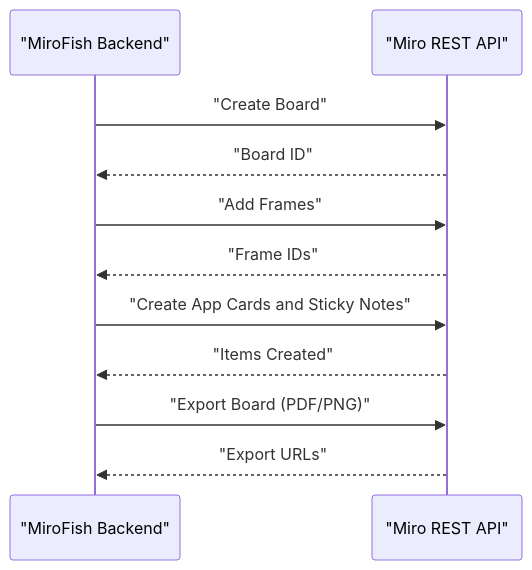
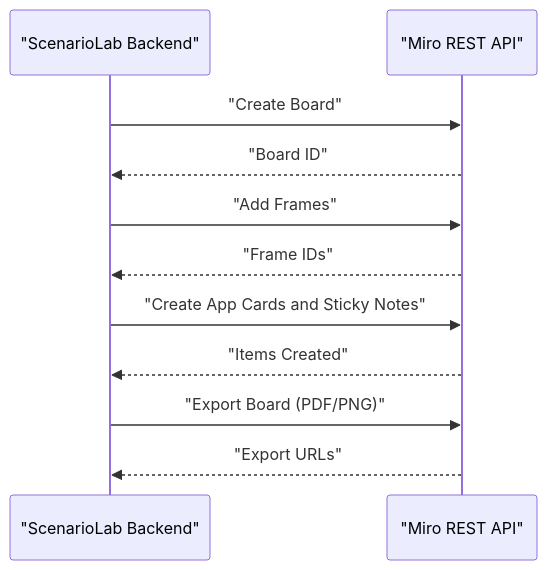
One commit to rish2jain/ScenarioLab changed the third of 7 diagrams in .qoder/repowiki/en/content/Integration Guides.md. Above: the diagram before and after it, drawn with Mermaid. The commit also changed other lines of this file and 54 other files, not shown here.

First line of the commit message:
chore: rename MiroFish → ScenarioLab across entire codebase

````diff
--- a/.qoder/repowiki/en/content/Integration Guides.md
+++ b/.qoder/repowiki/en/content/Integration Guides.md
@@ -136,13 +136,13 @@
 ```mermaid
 sequenceDiagram
-participant Client as "MiroFish Backend"
+participant Client as "ScenarioLab Backend"
 participant Miro as "Miro REST API"
 Client->>Miro : "Create Board"
 Miro-->>Client : "Board ID"
 Client->>Miro : "Add Frames"
 Miro-->>Client : "Frame IDs"
 Client->>Miro : "Create App Cards and Sticky Notes"
 Miro-->>Client : "Items Created"
 Client->>Miro : "Export Board (PDF/PNG)"
 Miro-->>Client : "Export URLs"
 ```
````
